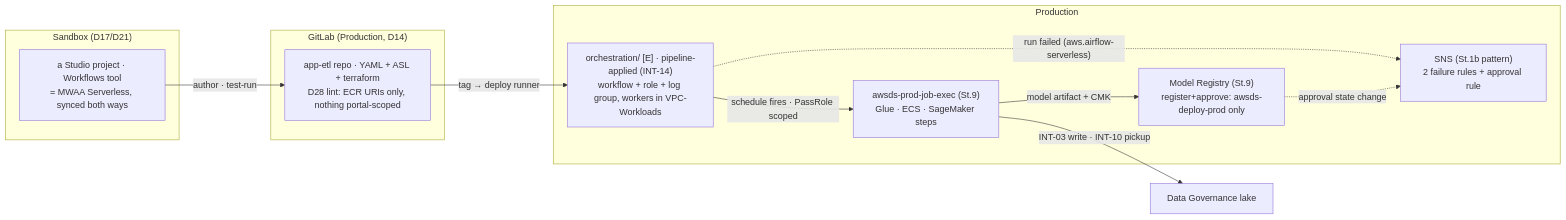
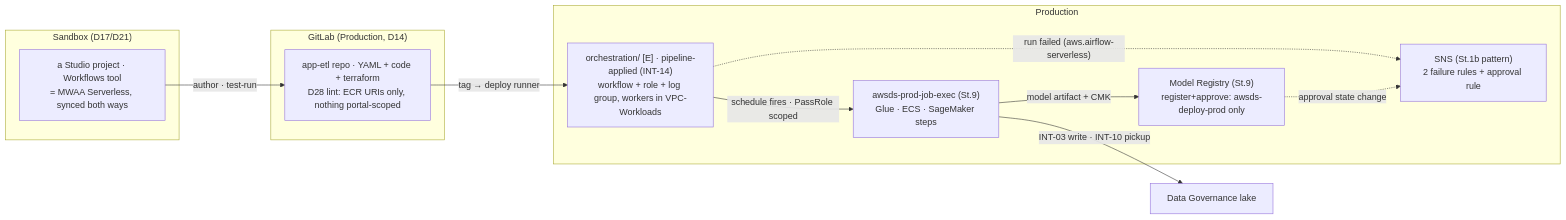
One commit to felipenoris/AWS-DataScience changed the diagram in docs/plan/stages/stage-10-orchestration-promotion.md. Above: the diagram before and after it, drawn with Mermaid. The commit also changed other lines of this file and 48 other files, not shown here.

````diff
--- a/docs/plan/stages/stage-10-orchestration-promotion.md
+++ b/docs/plan/stages/stage-10-orchestration-promotion.md
@@ -42,22 +42,22 @@
 ```mermaid
 flowchart LR
     subgraph SBX["Sandbox (D17/D21)"]
         STU["a Studio project · Workflows tool<br/>= MWAA Serverless, synced both ways"]
     end
     subgraph GL["GitLab (Production, D14)"]
-        REPO["app-etl repo · YAML + ASL + terraform<br/>D28 lint: ECR URIs only, nothing portal-scoped"]
+        REPO["app-etl repo · YAML + code + terraform<br/>D28 lint: ECR URIs only, nothing portal-scoped"]
     end
     subgraph PRD["Production"]
         ORC["orchestration/ [E] · pipeline-applied (INT-14)<br/>workflow + role + log group, workers in VPC-Workloads"]
         JOB["awsds-prod-job-exec (St.9)<br/>Glue · ECS · SageMaker steps"]
         REG["Model Registry (St.9)<br/>register+approve: awsds-deploy-prod only"]
         SNS["SNS (St.1b pattern)<br/>2 failure rules + approval rule"]
     end
     STU -->|"author · test-run"| REPO
     REPO -->|"tag → deploy runner"| ORC
     ORC -->|"schedule fires · PassRole scoped"| JOB
     JOB -->|"INT-03 write · INT-10 pickup"| LAKE["Data Governance lake"]
     JOB -->|"model artifact + CMK"| REG
     ORC -.->|"run failed (aws.airflow-serverless)"| SNS
     REG -.->|"approval state change"| SNS
 ```
````
